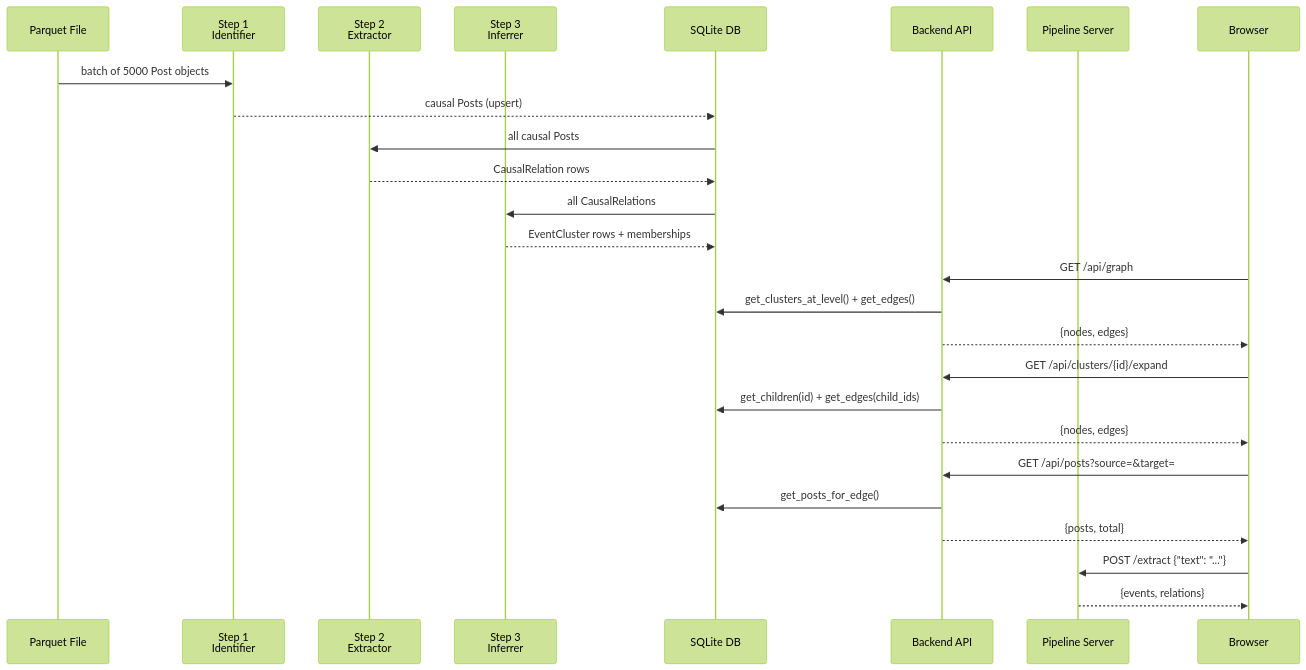
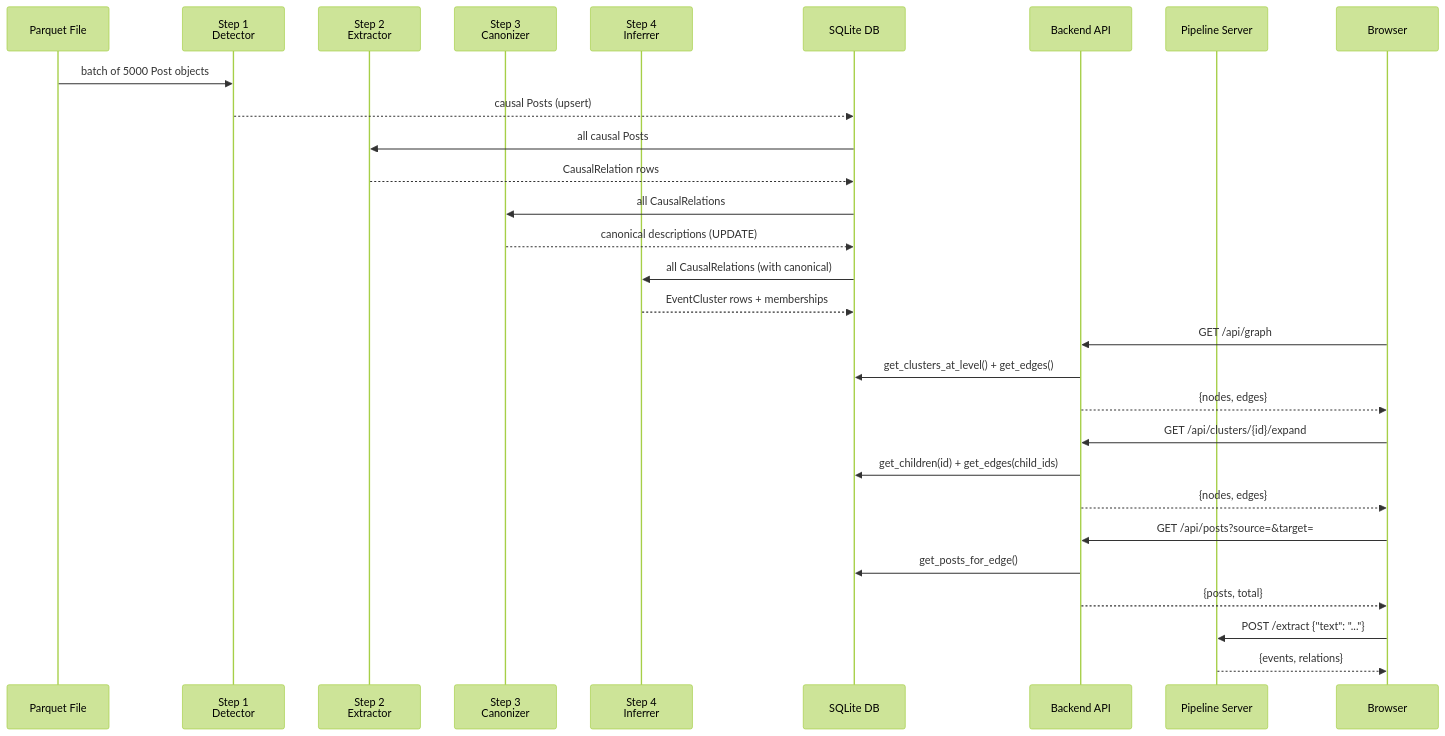
The second of 7 diagrams in docs/architecture.md (TheMrSheldon/causalgraph), drawn with Mermaid (forest theme) before and after one commit. The commit also changed other lines of this file and 8 other files, not shown here.

````diff
--- a/docs/architecture.md
+++ b/docs/architecture.md
@@ -53,33 +55,36 @@
 ```mermaid
 sequenceDiagram
     participant P as Parquet File
-    participant S1 as Step 1<br/>Identifier
+    participant S1 as Step 1<br/>Detector
     participant S2 as Step 2<br/>Extractor
-    participant S3 as Step 3<br/>Inferrer
+    participant S3 as Step 3<br/>Canonizer
+    participant S4 as Step 4<br/>Inferrer
     participant DB as SQLite DB
     participant API as Backend API
     participant PS as Pipeline Server
     participant UI as Browser
 
     P->>S1: batch of 5000 Post objects
     S1-->>DB: causal Posts (upsert)
     DB->>S2: all causal Posts
     S2-->>DB: CausalRelation rows
     DB->>S3: all CausalRelations
-    S3-->>DB: EventCluster rows + memberships
+    S3-->>DB: canonical descriptions (UPDATE)
+    DB->>S4: all CausalRelations (with canonical)
+    S4-->>DB: EventCluster rows + memberships
 
     UI->>API: GET /api/graph
     API->>DB: get_clusters_at_level() + get_edges()
     API-->>UI: {nodes, edges}
 
     UI->>API: GET /api/clusters/{id}/expand
     API->>DB: get_children(id) + get_edges(child_ids)
     API-->>UI: {nodes, edges}
 
     UI->>API: GET /api/posts?source=&target=
     API->>DB: get_posts_for_edge()
     API-->>UI: {posts, total}
 
     UI->>PS: POST /extract {"text": "..."}
     PS-->>UI: {events, relations}
 ```
````
